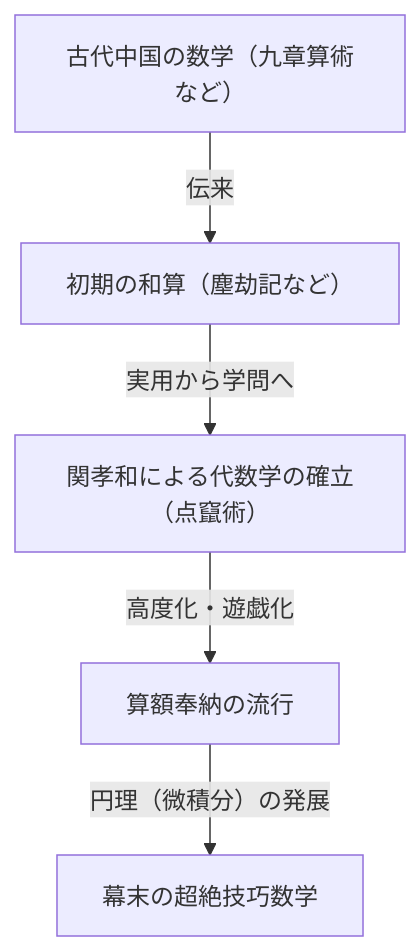
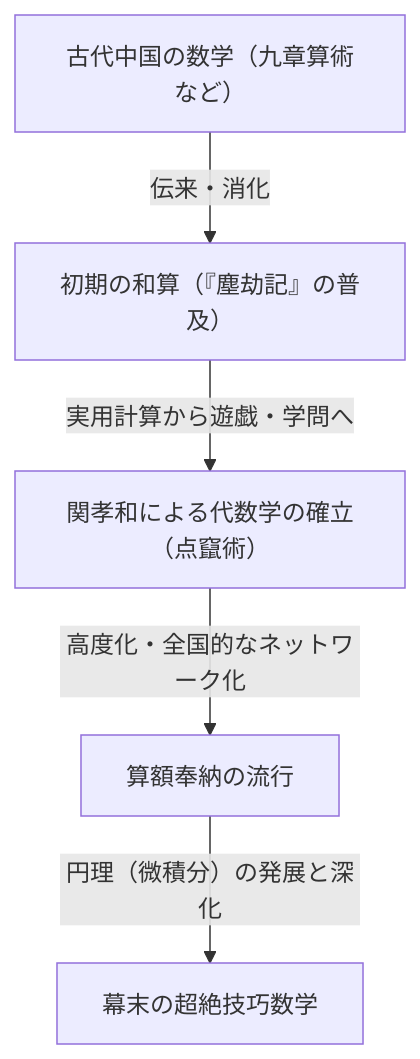
The first of 2 diagrams in content/post/history-of-wasan-japanese-mathematics/index.md (kenjinote/blog), drawn with Mermaid before and after one commit. The commit also changed other lines of this file and 129 other files, not shown here.

````diff
--- a/content/post/history-of-wasan-japanese-mathematics/index.md
+++ b/content/post/history-of-wasan-japanese-mathematics/index.md
@@ -17,7 +25,7 @@
 ```mermaid
 graph TD
-    A["古代中国の数学（九章算術など）"] -- "伝来" --> B["初期の和算（塵劫記など）"]
-    B -- "実用から学問へ" --> C["関孝和による代数学の確立（点竄術）"]
-    C -- "高度化・遊戯化" --> D["算額奉納の流行"]
-    D -- "円理（微積分）の発展" --> E["幕末の超絶技巧数学"]
+    A["古代中国の数学（九章算術など）"] -- "伝来・消化" --> B["初期の和算（『塵劫記』の普及）"]
+    B -- "実用計算から遊戯・学問へ" --> C["関孝和による代数学の確立（点竄術）"]
+    C -- "高度化・全国的なネットワーク化" --> D["算額奉納の流行"]
+    D -- "円理（微積分）の発展と深化" --> E["幕末の超絶技巧数学"]
 ```
````
